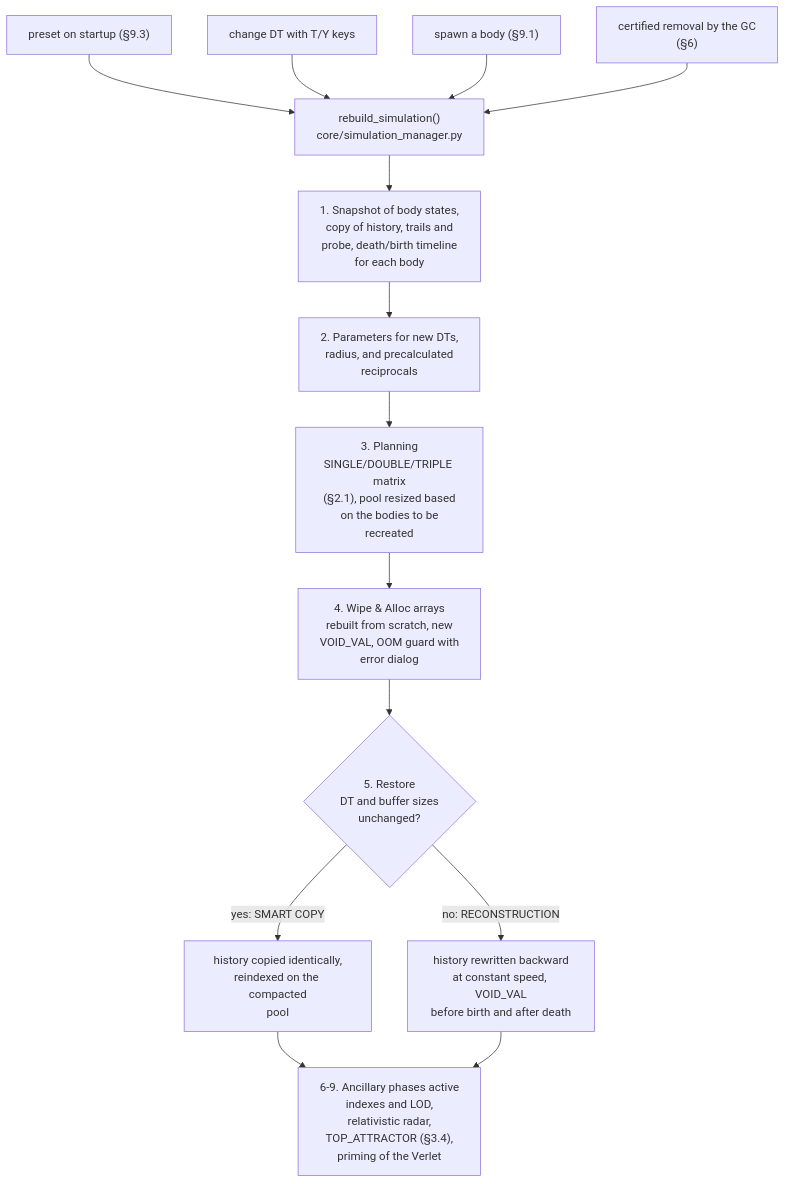
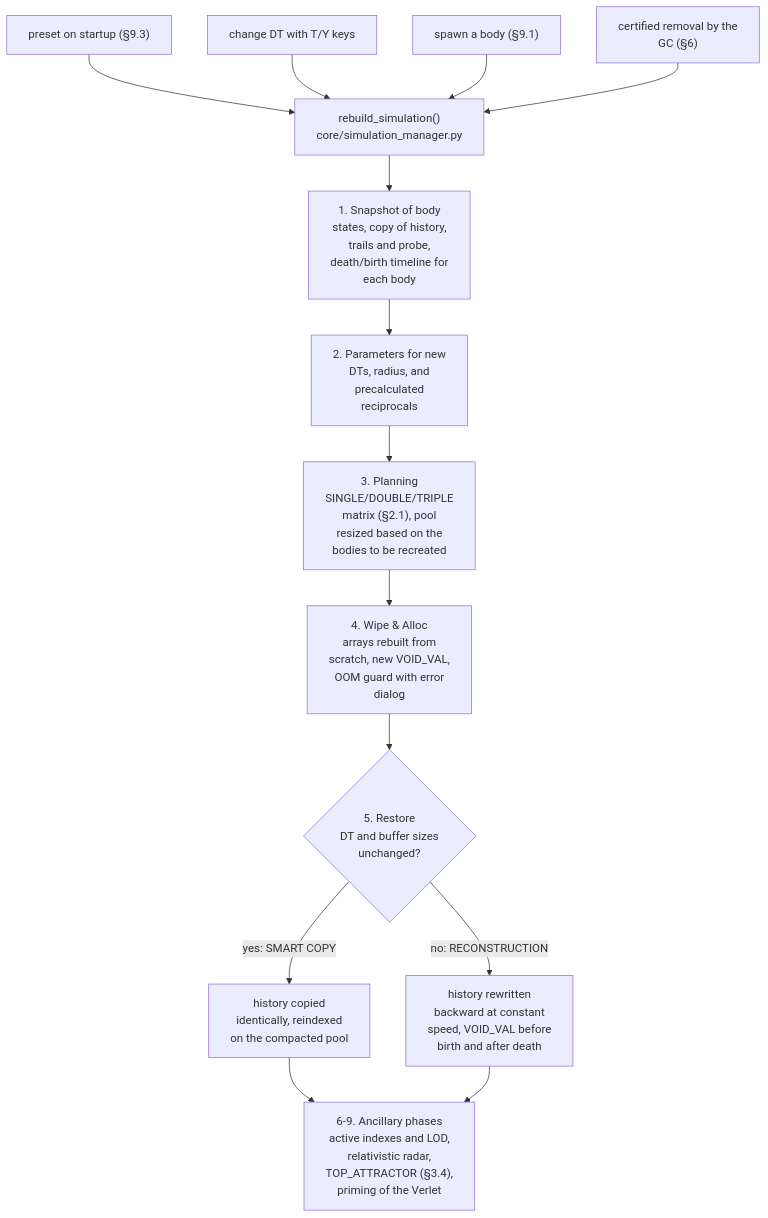
Before and after one commit to alessandro-pioli/AstroCausal_Engine: the third of 11 diagrams in ARCHITECTURE_DEEP_DIVE.md, drawn with Mermaid. The commit also changed other lines of this file and 2 other files, not shown here.

````diff
--- a/ARCHITECTURE_DEEP_DIVE.md
+++ b/ARCHITECTURE_DEEP_DIVE.md
@@ -378,20 +376,20 @@
 ```mermaid
 flowchart TD
     T1["preset on startup (§9.3)"] --> R
     T2["change DT with T/Y keys"] --> R
     T3["spawn a body (§9.1)"] --> R
-    T4["certified removal by the GC<br/>(§6)"] --> R
+    T4["certified removal by the<br/>GC (§6)"] --> R
 
     R["rebuild_simulation()<br/>core/simulation_manager.py"] --> F1
 
-    F1["1. Snapshot of body states,<br/>copy of history, trails and<br/>probe, death/birth timeline<br/>for each body"] --> F2
-    F2["2. Parameters for new DTs,<br/>radius, and precalculated<br/>reciprocals"] --> F3
-    F3["3. Planning<br/>SINGLE/DOUBLE/TRIPLE matrix<br/>(§2.1), pool resized based<br/>on the bodies to be<br/>recreated"] --> F4
-    F4["4. Wipe &amp; Alloc arrays<br/>rebuilt from scratch, new<br/>VOID_VAL, OOM guard with<br/>error dialog"] --> F5
+    F1["1. Snapshot of body<br/>states, copy of history,<br/>trails and probe,<br/>death/birth timeline for<br/>each body"] --> F2
+    F2["2. Parameters for new<br/>DTs, radius, and<br/>precalculated<br/>reciprocals"] --> F3
+    F3["3. Planning<br/>SINGLE/DOUBLE/TRIPLE<br/>matrix (§2.1), pool<br/>resized based on the<br/>bodies to be recreated"] --> F4
+    F4["4. Wipe &amp; Alloc<br/>arrays rebuilt from<br/>scratch, new VOID_VAL,<br/>OOM guard with error<br/>dialog"] --> F5
     F5{"5. Restore<br/>DT and buffer sizes<br/>unchanged?"}
-    F5 -->|"yes: SMART COPY"| C1["history copied identically,<br/>reindexed on the compacted<br/>pool"]
-    F5 -->|"no: RECONSTRUCTION"| C2["history rewritten backward<br/>at constant speed, VOID_VAL<br/>before birth and after death"]
+    F5 -->|"yes: SMART COPY"| C1["history copied<br/>identically, reindexed<br/>on the compacted pool"]
+    F5 -->|"no: RECONSTRUCTION"| C2["history rewritten<br/>backward at constant<br/>speed, VOID_VAL before<br/>birth and after death"]
     C1 --> F6
     C2 --> F6
-    F6["6-9. Ancillary phases active<br/>indexes and LOD,<br/>relativistic radar,<br/>TOP_ATTRACTOR (§3.4),<br/>priming of the Verlet"]
+    F6["6-9. Ancillary phases<br/>active indexes and LOD,<br/>relativistic radar,<br/>TOP_ATTRACTOR (§3.4),<br/>priming of the Verlet"]
 ```
````
